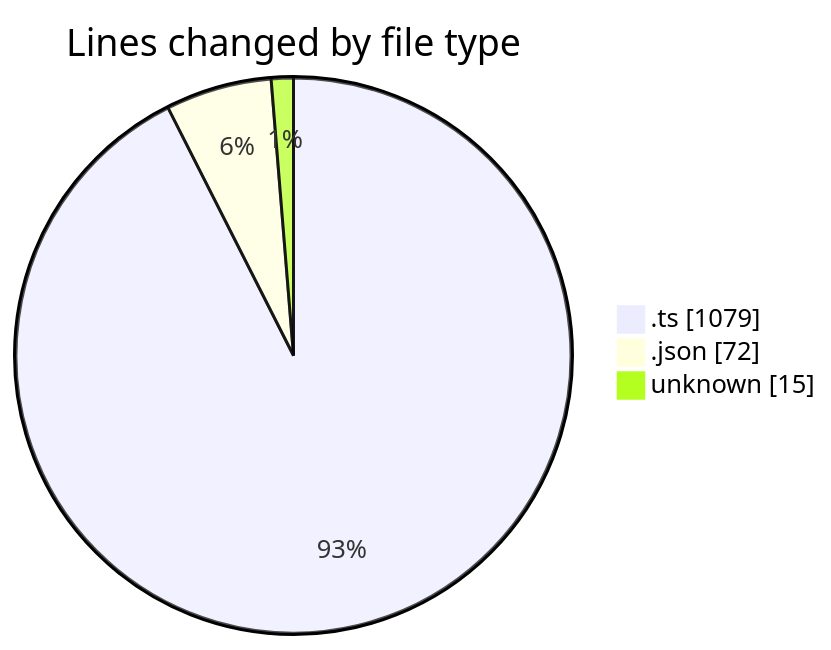
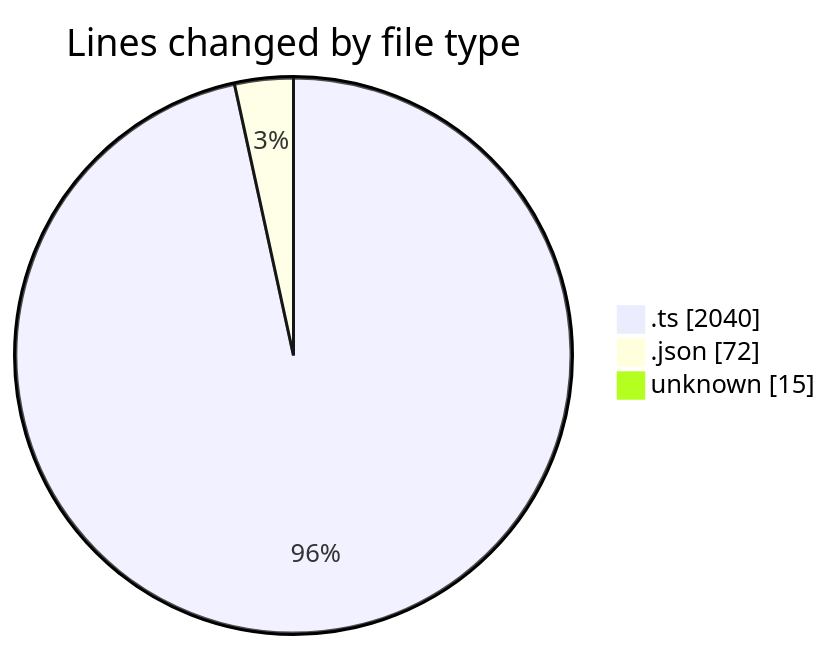
One commit to lephambinh05/code-tracking changed the first of 2 diagrams in 2025-09-10/hiai-phf/README.md. Above: the diagram before and after it, drawn with Mermaid. The commit also changed other lines of this file and 1 other file, not shown here.

````diff
--- a/2025-09-10/hiai-phf/README.md
+++ b/2025-09-10/hiai-phf/README.md
@@ -25,7 +26,7 @@
 ```mermaid
 pie showData
 title Lines changed by file type
-".ts" : 1079
+".ts" : 2040
 ".json" : 72
 "unknown" : 15
 ```
````
